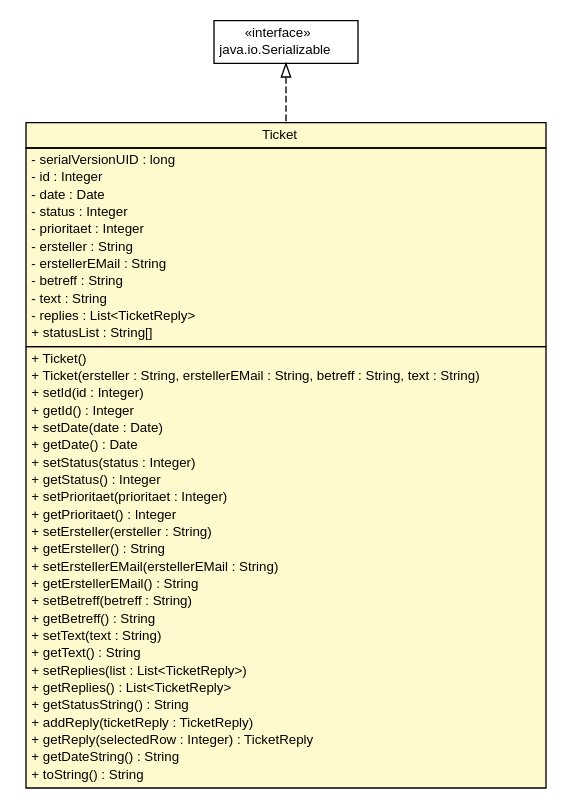
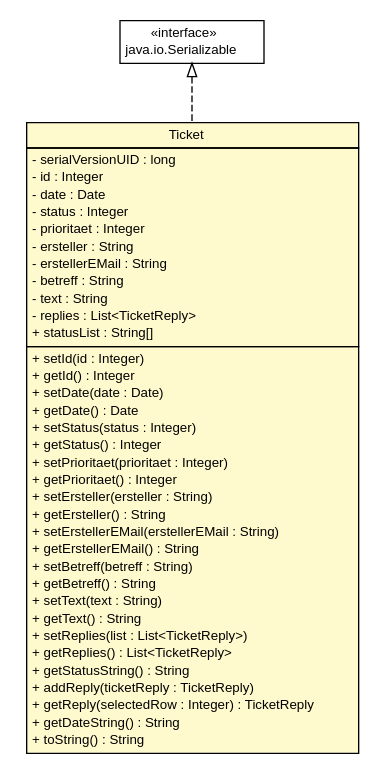
One commit to Dr4K4n/TroubleTicketManagement changed the diagram in doc/de/articmodding/TroubleTicket/Ticket.dot. Above: the diagram before and after it, drawn with Graphviz. The commit also changed 58 other files, not shown here.

```diff
--- a/doc/de/articmodding/TroubleTicket/Ticket.dot
+++ b/doc/de/articmodding/TroubleTicket/Ticket.dot
@@ -1,67 +1,65 @@
 #!/usr/local/bin/dot
 #
 # Class diagram 
 # Generated by UMLGraph version 5.4 (http://www.umlgraph.org/)
 #
 
 digraph G {
 	edge [fontname="Helvetica",fontsize=10,labelfontname="Helvetica",labelfontsize=10];
 	node [fontname="Helvetica",fontsize=10,shape=plaintext];
 	nodesep=0.25;
 	ranksep=0.5;
 	// de.articmodding.TroubleTicket.Ticket
 	c28 [label=<<table title="de.articmodding.TroubleTicket.Ticket" border="0" cellborder="1" cellspacing="0" cellpadding="2" port="p" bgcolor="lemonChiffon" href="./Ticket.html">
 		<tr><td><table border="0" cellspacing="0" cellpadding="1">
 <tr><td align="center" balign="center"> Ticket </td></tr>
 		</table></td></tr>
 		<tr><td><table border="0" cellspacing="0" cellpadding="1">
 <tr><td align="left" balign="left"> - serialVersionUID : long </td></tr>
 <tr><td align="left" balign="left"> - id : Integer </td></tr>
 <tr><td align="left" balign="left"> - date : Date </td></tr>
 <tr><td align="left" balign="left"> - status : Integer </td></tr>
 <tr><td align="left" balign="left"> - prioritaet : Integer </td></tr>
 <tr><td align="left" balign="left"> - ersteller : String </td></tr>
 <tr><td align="left" balign="left"> - erstellerEMail : String </td></tr>
 <tr><td align="left" balign="left"> - betreff : String </td></tr>
 <tr><td align="left" balign="left"> - text : String </td></tr>
 <tr><td align="left" balign="left"> - replies : List&lt;TicketReply&gt; </td></tr>
 <tr><td align="left" balign="left"> + statusList : String[] </td></tr>
 		</table></td></tr>
 		<tr><td><table border="0" cellspacing="0" cellpadding="1">
-<tr><td align="left" balign="left"> + Ticket() </td></tr>
-<tr><td align="left" balign="left"> + Ticket(ersteller : String, erstellerEMail : String, betreff : String, text : String) </td></tr>
 <tr><td align="left" balign="left"> + setId(id : Integer) </td></tr>
 <tr><td align="left" balign="left"> + getId() : Integer </td></tr>
 <tr><td align="left" balign="left"> + setDate(date : Date) </td></tr>
 <tr><td align="left" balign="left"> + getDate() : Date </td></tr>
 <tr><td align="left" balign="left"> + setStatus(status : Integer) </td></tr>
 <tr><td align="left" balign="left"> + getStatus() : Integer </td></tr>
 <tr><td align="left" balign="left"> + setPrioritaet(prioritaet : Integer) </td></tr>
 <tr><td align="left" balign="left"> + getPrioritaet() : Integer </td></tr>
 <tr><td align="left" balign="left"> + setErsteller(ersteller : String) </td></tr>
 <tr><td align="left" balign="left"> + getErsteller() : String </td></tr>
 <tr><td align="left" balign="left"> + setErstellerEMail(erstellerEMail : String) </td></tr>
 <tr><td align="left" balign="left"> + getErstellerEMail() : String </td></tr>
 <tr><td align="left" balign="left"> + setBetreff(betreff : String) </td></tr>
 <tr><td align="left" balign="left"> + getBetreff() : String </td></tr>
 <tr><td align="left" balign="left"> + setText(text : String) </td></tr>
 <tr><td align="left" balign="left"> + getText() : String </td></tr>
 <tr><td align="left" balign="left"> + setReplies(list : List&lt;TicketReply&gt;) </td></tr>
 <tr><td align="left" balign="left"> + getReplies() : List&lt;TicketReply&gt; </td></tr>
 <tr><td align="left" balign="left"> + getStatusString() : String </td></tr>
 <tr><td align="left" balign="left"> + addReply(ticketReply : TicketReply) </td></tr>
 <tr><td align="left" balign="left"> + getReply(selectedRow : Integer) : TicketReply </td></tr>
 <tr><td align="left" balign="left"> + getDateString() : String </td></tr>
 <tr><td align="left" balign="left"> + toString() : String </td></tr>
 		</table></td></tr>
 		</table>>, URL="./Ticket.html", fontname="Helvetica", fontcolor="black", fontsize=10.0];
 	//de.articmodding.TroubleTicket.Ticket implements java.io.Serializable
 	c33:p -> c28:p [dir=back,arrowtail=empty,style=dashed];
 	// java.io.Serializable
 	c33 [label=<<table title="java.io.Serializable" border="0" cellborder="1" cellspacing="0" cellpadding="2" port="p" href="http://java.sun.com/j2se/1.4.2/docs/api/java/io/Serializable.html">
 		<tr><td><table border="0" cellspacing="0" cellpadding="1">
 <tr><td align="center" balign="center"> &#171;interface&#187; </td></tr>
 <tr><td align="center" balign="center"> java.io.Serializable </td></tr>
 		</table></td></tr>
 		</table>>, URL="http://java.sun.com/j2se/1.4.2/docs/api/java/io/Serializable.html", fontname="Helvetica", fontcolor="black", fontsize=10.0];
 }
```
